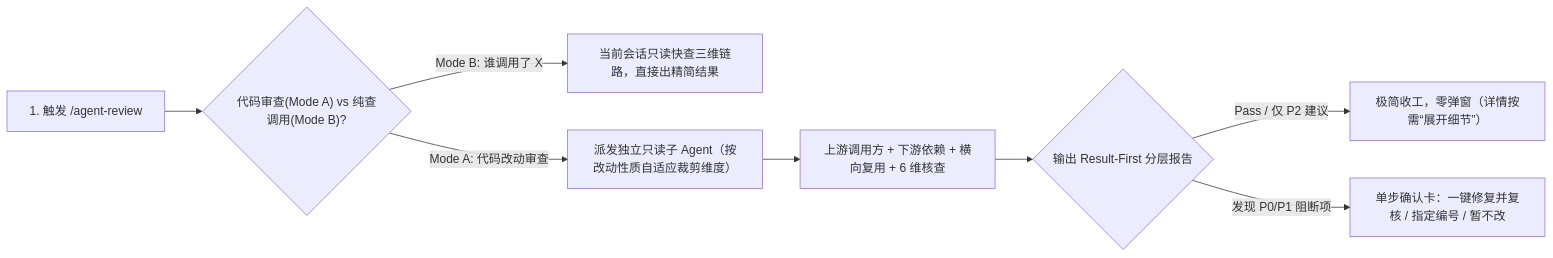
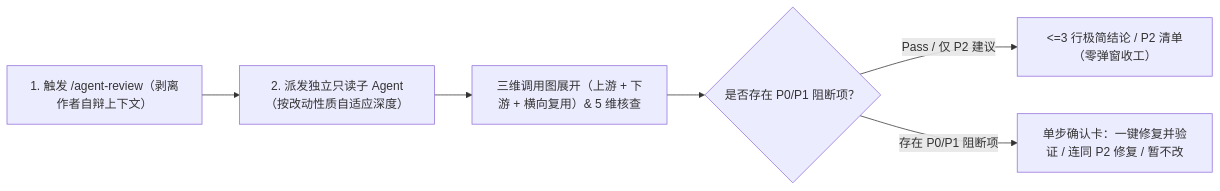
The diagram in skills/agent-review/README.zh-CN.md (lastxuanain/ainward-skills), drawn with Mermaid before and after one commit. The commit also changed other lines of this file and 25 other files, not shown here.

````diff
--- a/skills/agent-review/README.zh-CN.md
+++ b/skills/agent-review/README.zh-CN.md
@@ -27,10 +22,8 @@
 ```mermaid
 flowchart LR
-    A["1. 触发 /agent-review"] --> B{"代码审查(Mode A) vs 纯查调用(Mode B)?"}
-    B -- "Mode B: 谁调用了 X" --> C["当前会话只读快查三维链路，直接出精简结果"]
-    B -- "Mode A: 代码改动审查" --> D["派发独立只读子 Agent（按改动性质自适应裁剪维度）"]
-    D --> E["上游调用方 + 下游依赖 + 横向复用 + 6 维核查"]
-    E --> F{"输出 Result-First 分层报告"}
-    F -- "Pass / 仅 P2 建议" --> G["极简收工，零弹窗（详情按需“展开细节”）"]
-    F -- "发现 P0/P1 阻断项" --> H["单步确认卡：一键修复并复核 / 指定编号 / 暂不改"]
+    A["1. 触发 /agent-review（剥离作者自辩上下文）"] --> B["2. 派发独立只读子 Agent（按改动性质自适应深度）"]
+    B --> C["三维调用图展开（上游 + 下游 + 横向复用）& 5 维核查"]
+    C --> D{"是否存在 P0/P1 阻断项？"}
+    D -- "Pass / 仅 P2 建议" --> E["<=3 行极简结论 / P2 清单（零弹窗收工）"]
+    D -- "存在 P0/P1 阻断项" --> F["单步确认卡：一键修复并验证 / 连同 P2 修复 / 暂不改"]
 ```
````
